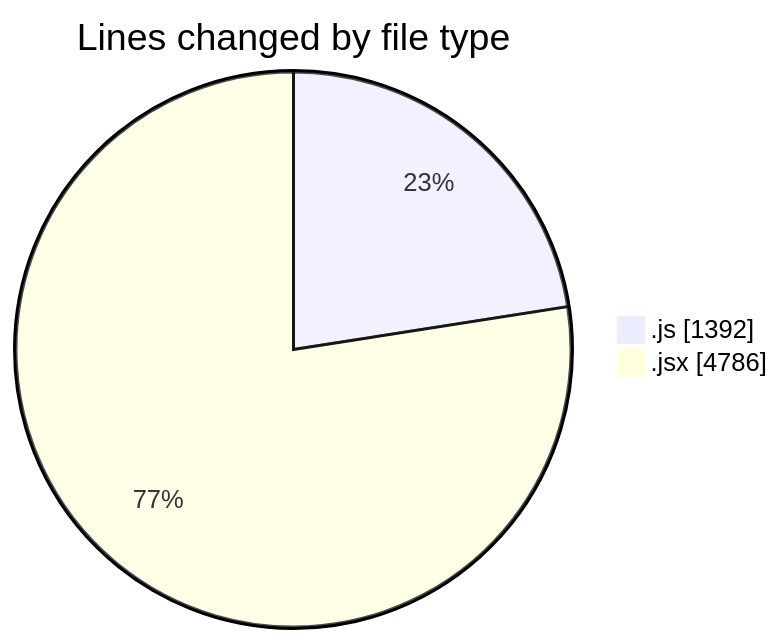
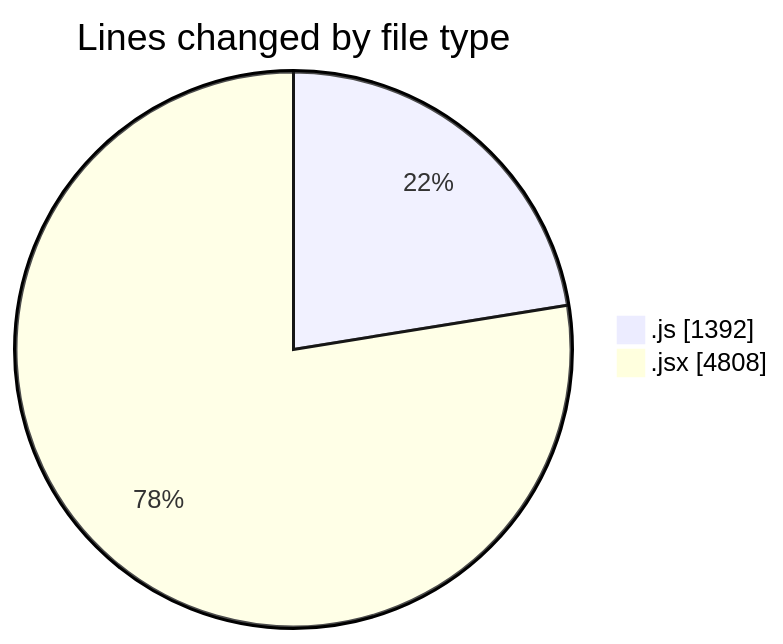
The first of 2 diagrams in 2025-07-29/nxtqube_webapp/README.md (nxtqubesakshisongat/code-tracking), drawn with Mermaid before and after one commit. The commit also changed other lines of this file and 1 other file, not shown here.

````diff
--- a/2025-07-29/nxtqube_webapp/README.md
+++ b/2025-07-29/nxtqube_webapp/README.md
@@ -31,6 +31,6 @@
 ```mermaid
 pie showData
 title Lines changed by file type
 ".js" : 1392
-".jsx" : 4786
+".jsx" : 4808
 ```
````
